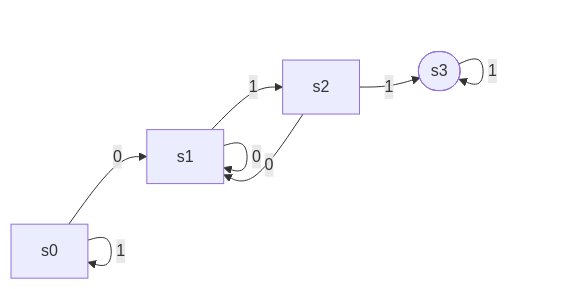
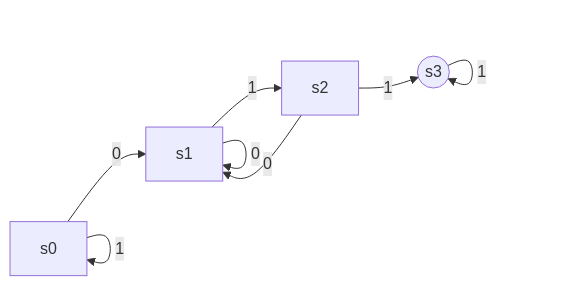
The third of 5 diagrams in _posts/2020-04-28-编译原理（二）.md (erennere/erennere.github.io), drawn with Mermaid before and after one commit. The commit also changed other lines of this file and 615 other files, not shown here.

````diff
--- a/_posts/2020-04-28-编译原理（二）.md
+++ b/_posts/2020-04-28-编译原理（二）.md
@@ -52,12 +51,12 @@
 ```mermaid
-flowchart LR
+graph LR
 s0--0-->s1
 s0--1-->s0
 s1--0-->s1
 s1--1-->s2
 s2--0-->s1
 s2--1-->s3
 s3--0-->s3
 s3--1-->s3
-s3([s3])
+s3((s3))
 ```
````
